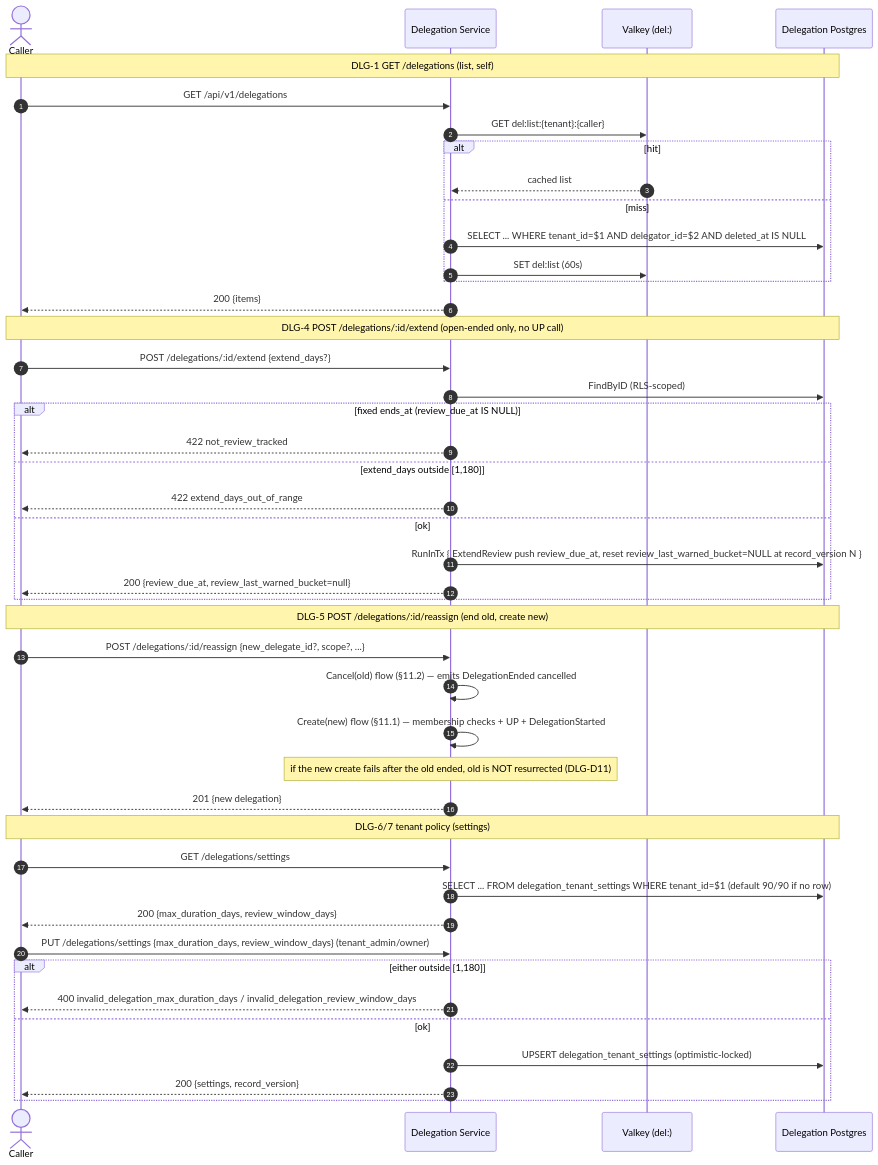
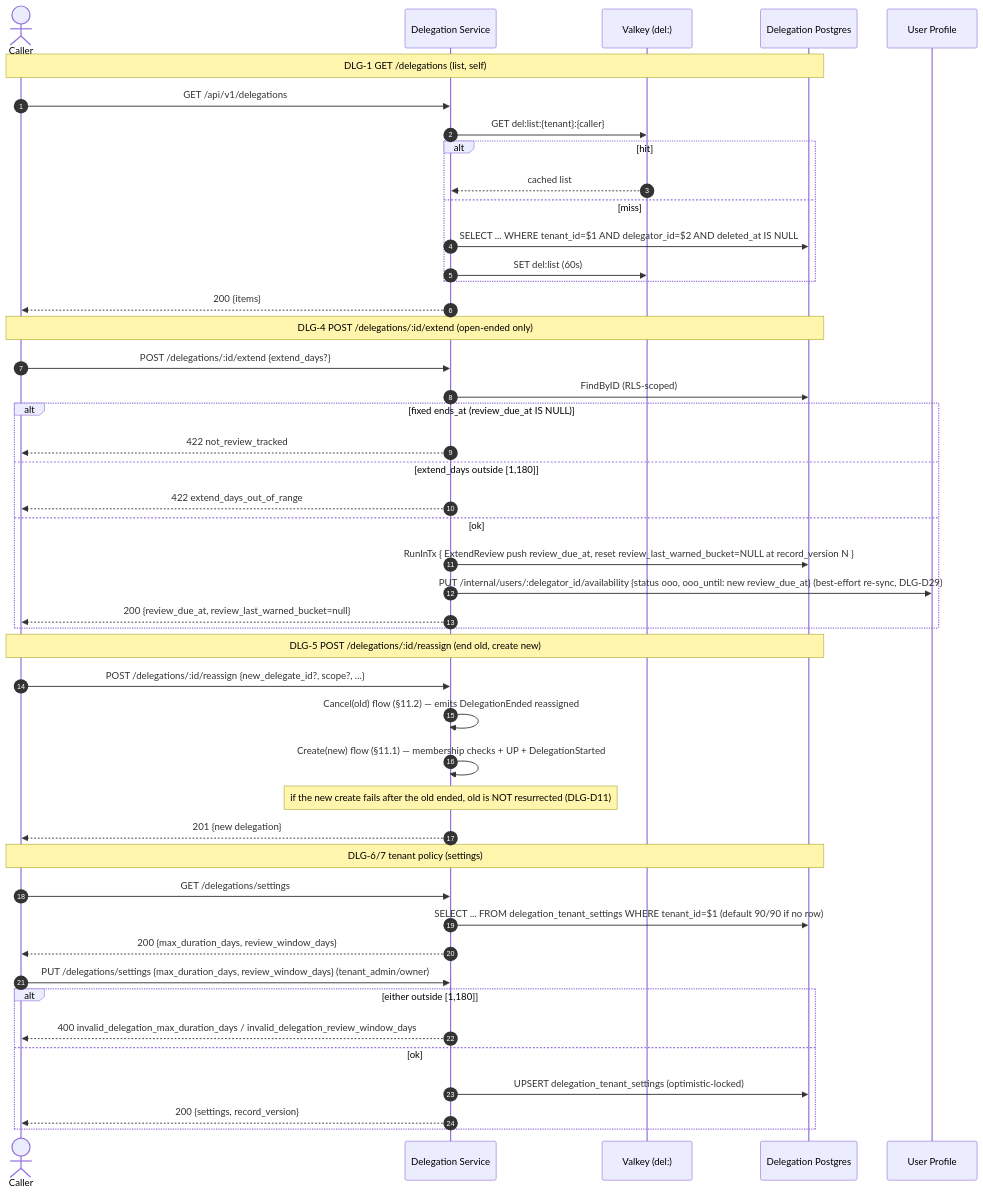
Before and after one commit to BCBP-SOLUTIONS-FZC-LLC/iam-delegation: the diagram in docs/architecture/mermaid/read-policy-flow.mmd, drawn with Mermaid. The commit also changed 48 other files, not shown here.

```diff
--- a/docs/architecture/mermaid/read-policy-flow.mmd
+++ b/docs/architecture/mermaid/read-policy-flow.mmd
@@ -1,48 +1,50 @@
 sequenceDiagram
     autonumber
     actor C as Caller
     participant DLG as Delegation Service
     participant V as Valkey (del:)
     participant PG as Delegation Postgres
+    participant UP as User Profile
 
     Note over C,PG: DLG-1 GET /delegations (list, self)
     C->>DLG: GET /api/v1/delegations
     DLG->>V: GET del:list:{tenant}:{caller}
     alt hit
         V-->>DLG: cached list
     else miss
         DLG->>PG: SELECT ... WHERE tenant_id=$1 AND delegator_id=$2 AND deleted_at IS NULL
         DLG->>V: SET del:list (60s)
     end
     DLG-->>C: 200 {items}
 
-    Note over C,PG: DLG-4 POST /delegations/:id/extend (open-ended only, no UP call)
+    Note over C,PG: DLG-4 POST /delegations/:id/extend (open-ended only)
     C->>DLG: POST /delegations/:id/extend {extend_days?}
     DLG->>PG: FindByID (RLS-scoped)
     alt fixed ends_at (review_due_at IS NULL)
         DLG-->>C: 422 not_review_tracked
     else extend_days outside [1,180]
         DLG-->>C: 422 extend_days_out_of_range
     else ok
         DLG->>PG: RunInTx { ExtendReview push review_due_at, reset review_last_warned_bucket=NULL at record_version N }
+        DLG->>UP: PUT /internal/users/:delegator_id/availability {status ooo, ooo_until: new review_due_at} (best-effort re-sync, DLG-D29)
         DLG-->>C: 200 {review_due_at, review_last_warned_bucket=null}
     end
 
     Note over C,PG: DLG-5 POST /delegations/:id/reassign (end old, create new)
     C->>DLG: POST /delegations/:id/reassign {new_delegate_id?, scope?, ...}
-    DLG->>DLG: Cancel(old) flow (§11.2) — emits DelegationEnded cancelled
+    DLG->>DLG: Cancel(old) flow (§11.2) — emits DelegationEnded reassigned
     DLG->>DLG: Create(new) flow (§11.1) — membership checks + UP + DelegationStarted
     Note over DLG: if the new create fails after the old ended, old is NOT resurrected (DLG-D11)
     DLG-->>C: 201 {new delegation}
 
     Note over C,PG: DLG-6/7 tenant policy (settings)
     C->>DLG: GET /delegations/settings
     DLG->>PG: SELECT ... FROM delegation_tenant_settings WHERE tenant_id=$1 (default 90/90 if no row)
     DLG-->>C: 200 {max_duration_days, review_window_days}
     C->>DLG: PUT /delegations/settings {max_duration_days, review_window_days}  (tenant_admin/owner)
     alt either outside [1,180]
         DLG-->>C: 400 invalid_delegation_max_duration_days / invalid_delegation_review_window_days
     else ok
         DLG->>PG: UPSERT delegation_tenant_settings (optimistic-locked)
         DLG-->>C: 200 {settings, record_version}
     end
```
